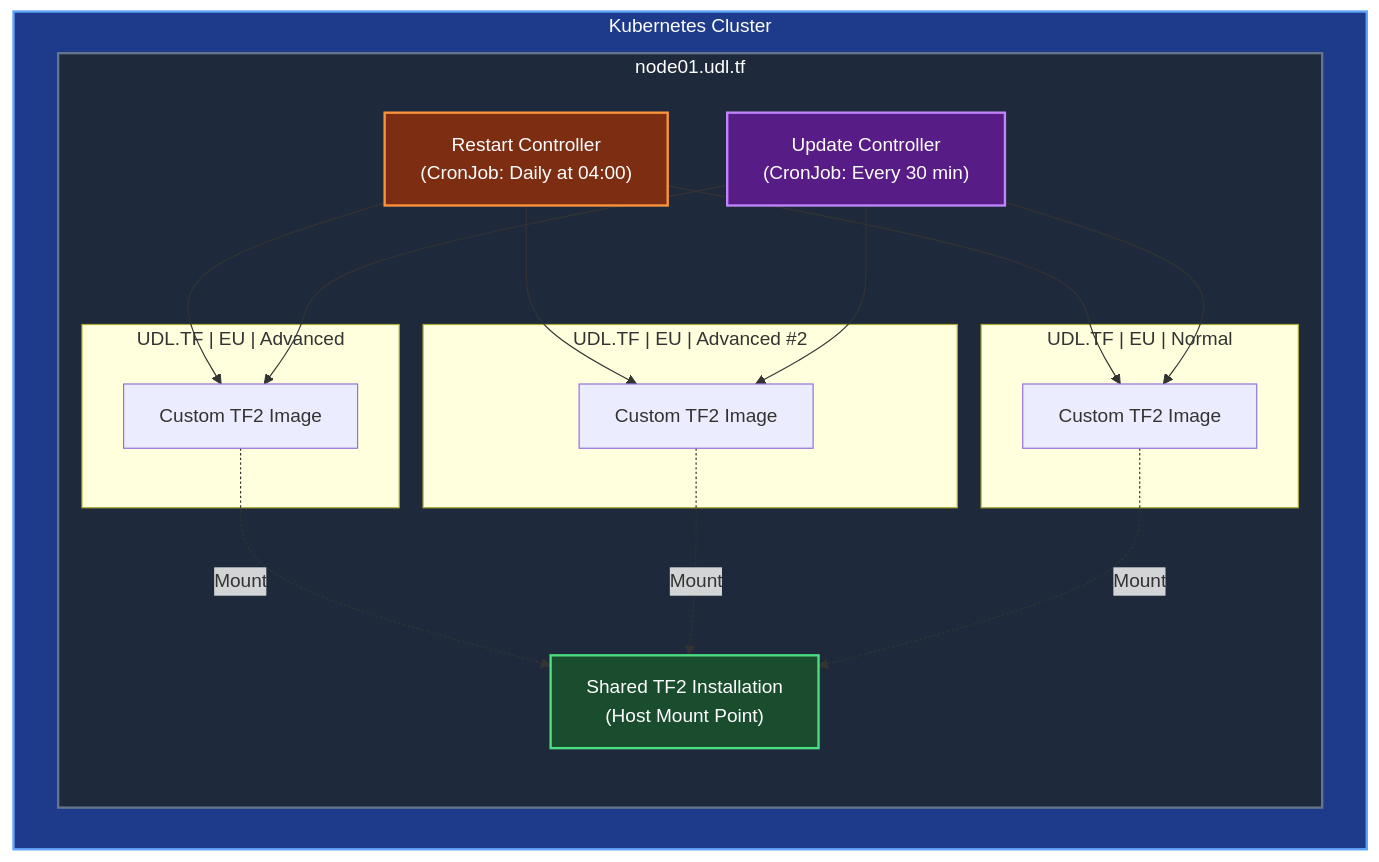
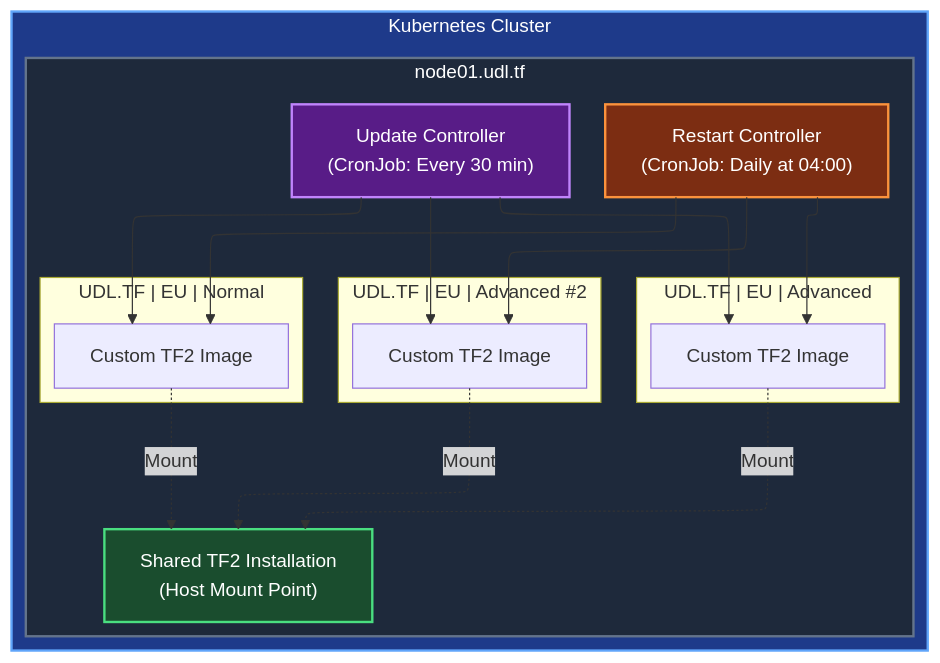
Before and after one commit to UDL-TF/Organization: the diagram in infrastructure/overview.md, drawn with Mermaid.

Commit message:
Add configuration for layout in architecture diagram

````diff
--- a/infrastructure/overview.md
+++ b/infrastructure/overview.md
@@ -5,41 +5,45 @@
 ```mermaid
+---
+config:
+  layout: elk
+---
 graph TB
     subgraph K8S["Kubernetes Cluster"]
         subgraph NODE["node01.udl.tf"]
             SHARED["Shared TF2 Installation<br/>(Host Mount Point)"]
 
             RESTART["Restart Controller<br/>(CronJob: Daily at 04:00)"]
             UPDATE["Update Controller<br/>(CronJob: Every 30 min)"]
 
             subgraph SERVER1["UDL.TF | EU | Advanced"]
                 POD1["Custom TF2 Image"]
             end
 
             subgraph SERVER2["UDL.TF | EU | Advanced #2"]
                 POD2["Custom TF2 Image"]
             end
 
             subgraph SERVER3["UDL.TF | EU | Normal"]
                 POD3["Custom TF2 Image"]
             end
 
             RESTART --> POD1
             RESTART --> POD2
             RESTART --> POD3
 
             UPDATE --> POD1
             UPDATE --> POD2
             UPDATE --> POD3
 
             POD1 -.->|Mount| SHARED
             POD2 -.->|Mount| SHARED
             POD3 -.->|Mount| SHARED
         end
     end
 
     style SHARED fill:#1a4d2e,stroke:#4ade80,stroke-width:2px,color:#fff
     style NODE fill:#1e293b,stroke:#64748b,stroke-width:2px,color:#fff
     style K8S fill:#1e3a8a,stroke:#60a5fa,stroke-width:2px,color:#fff
     style RESTART fill:#7c2d12,stroke:#fb923c,stroke-width:2px,color:#fff
     style UPDATE fill:#581c87,stroke:#c084fc,stroke-width:2px,color:#fff
 ```
````
